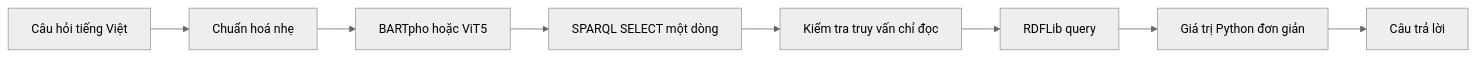
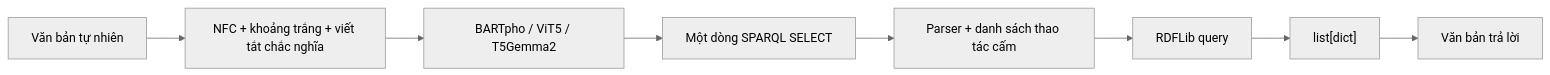
Before and after one commit to vpthinh19/ontology-chatbot: the diagram in docs/CONCEPT.md, drawn with Mermaid (neutral theme). The commit also changed other lines of this file and 129 other files, not shown here.

````diff
--- a/docs/CONCEPT.md
+++ b/docs/CONCEPT.md
@@ -24,10 +27,10 @@
 ```mermaid
 flowchart LR
-    Q["Câu hỏi tiếng Việt"] --> N["Chuẩn hoá nhẹ"]
-    N --> M["BARTpho hoặc ViT5"]
-    M --> S["SPARQL SELECT một dòng"]
-    S --> V["Kiểm tra truy vấn chỉ đọc"]
-    V --> R["RDFLib query"]
-    R --> P["Giá trị Python đơn giản"]
-    P --> A["Câu trả lời"]
+    Q["Văn bản tự nhiên"] --> N["NFC + khoảng trắng + viết tắt chắc nghĩa"]
+    N --> M["BARTpho / ViT5 / T5Gemma2"]
+    M --> S["Một dòng SPARQL SELECT"]
+    S --> V["Parser + danh sách thao tác cấm"]
+    V --> G["RDFLib query"]
+    G --> R["list[dict]"]
+    R --> T["Văn bản trả lời"]
 ```
````
